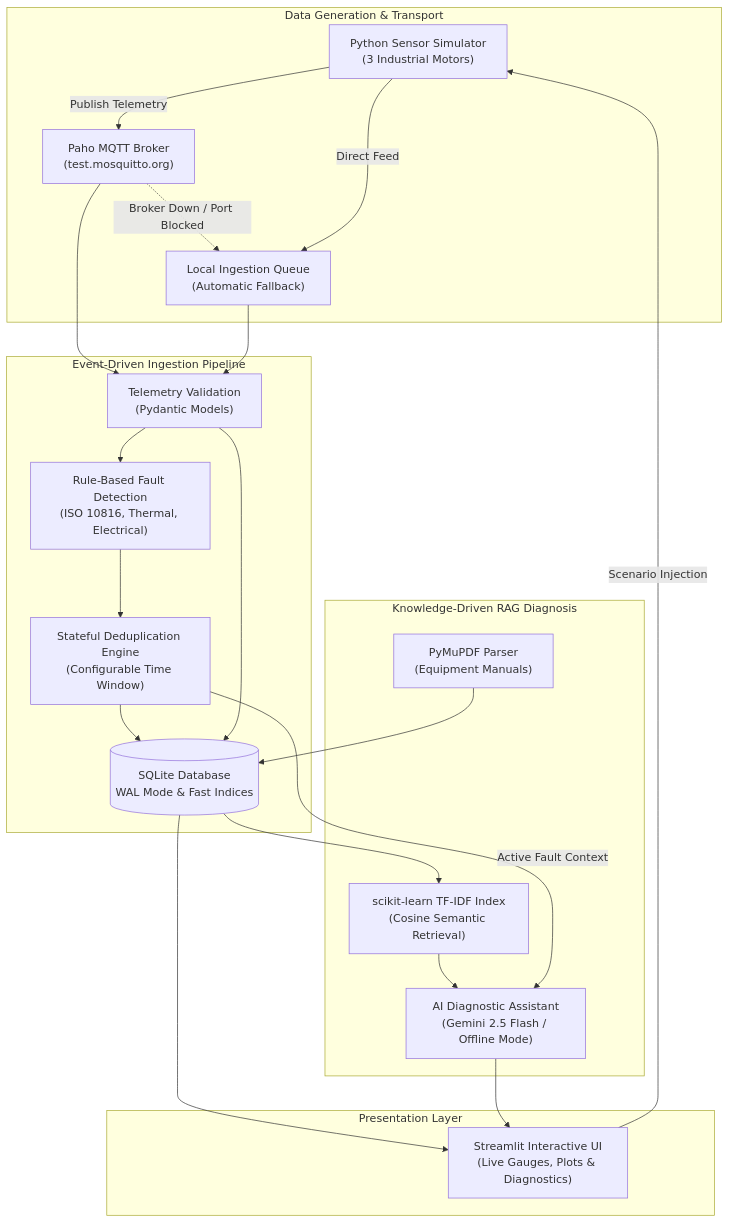
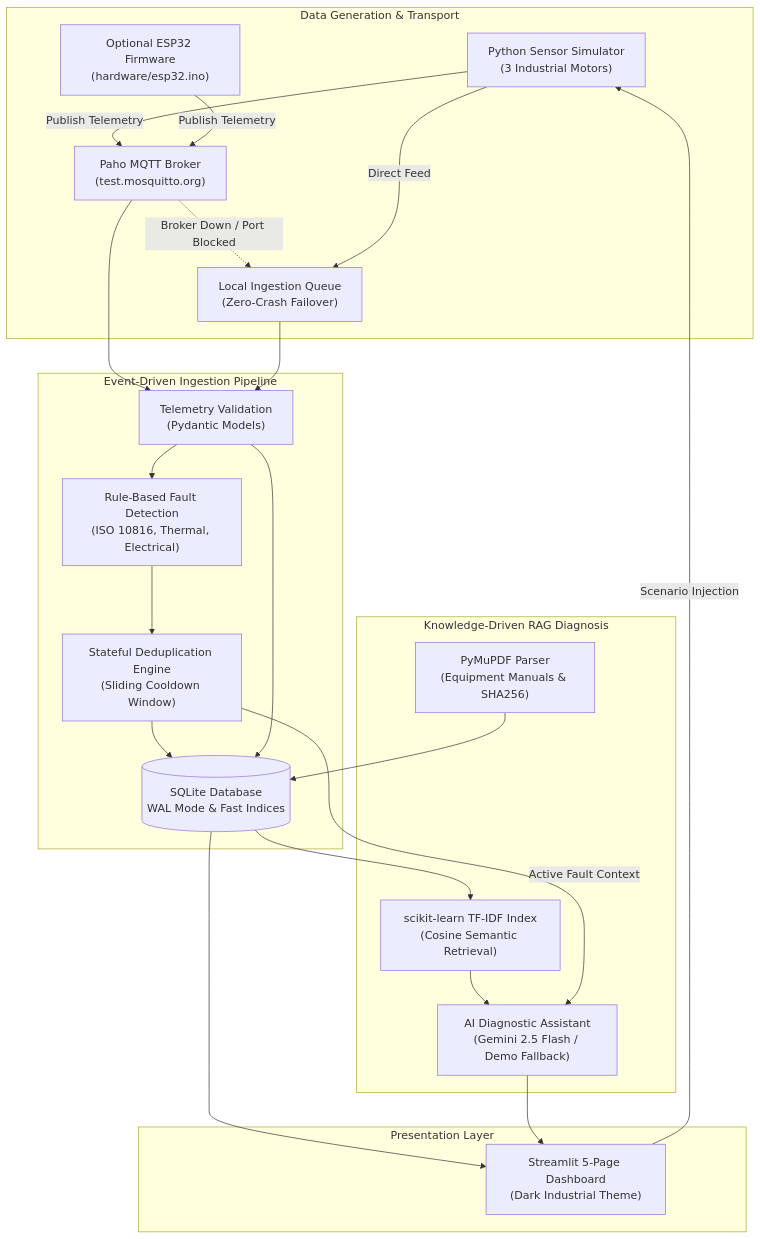
The diagram in README.md (Divy547/EventDrivenFaultAnalysis), drawn with Mermaid before and after one commit. The commit also changed other lines of this file and 8 other files, not shown here.

Commit message:
feat(p311): add ESP32 firmware, architecture docs, project report, manual samples, and comprehensive test suite

````diff
--- a/README.md
+++ b/README.md
@@ -11,44 +22,46 @@
 ```mermaid
 flowchart TD
     subgraph Data Generation & Transport
         Sim["Python Sensor Simulator<br/>(3 Industrial Motors)"]
+        ESP["Optional ESP32 Firmware<br/>(hardware/esp32.ino)"]
         MQTT["Paho MQTT Broker<br/>(test.mosquitto.org)"]
-        Fallback["Local Ingestion Queue<br/>(Automatic Fallback)"]
+        Fallback["Local Ingestion Queue<br/>(Zero-Crash Failover)"]
     end
 
     subgraph Event-Driven Ingestion Pipeline
         Ingest["Telemetry Validation<br/>(Pydantic Models)"]
         Rules["Rule-Based Fault Detection<br/>(ISO 10816, Thermal, Electrical)"]
-        Dedup["Stateful Deduplication Engine<br/>(Configurable Time Window)"]
+        Dedup["Stateful Deduplication Engine<br/>(Sliding Cooldown Window)"]
         DB[("SQLite Database<br/>WAL Mode & Fast Indices")]
     end
 
     subgraph Knowledge-Driven RAG Diagnosis
-        PDF["PyMuPDF Parser<br/>(Equipment Manuals)"]
+        PDF["PyMuPDF Parser<br/>(Equipment Manuals & SHA256)"]
         TFIDF["scikit-learn TF-IDF Index<br/>(Cosine Semantic Retrieval)"]
-        AI["AI Diagnostic Assistant<br/>(Gemini 2.5 Flash / Offline Mode)"]
+        AI["AI Diagnostic Assistant<br/>(Gemini 2.5 Flash / Demo Fallback)"]
     end
 
     subgraph Presentation Layer
-        UI["Streamlit Interactive UI<br/>(Live Gauges, Plots & Diagnostics)"]
+        UI["Streamlit 5-Page Dashboard<br/>(Dark Industrial Theme)"]
     end
 
     Sim -->|Publish Telemetry| MQTT
+    ESP -->|Publish Telemetry| MQTT
     MQTT -.->|Broker Down / Port Blocked| Fallback
     Sim -->|Direct Feed| Fallback
     MQTT --> Ingest
     Fallback --> Ingest
     Ingest --> Rules
     Rules --> Dedup
     Dedup --> DB
     Ingest --> DB
 
     PDF --> DB
     DB --> TFIDF
     TFIDF --> AI
     Dedup -->|Active Fault Context| AI
 
     DB --> UI
     AI --> UI
     UI -->|Scenario Injection| Sim
 ```
````
